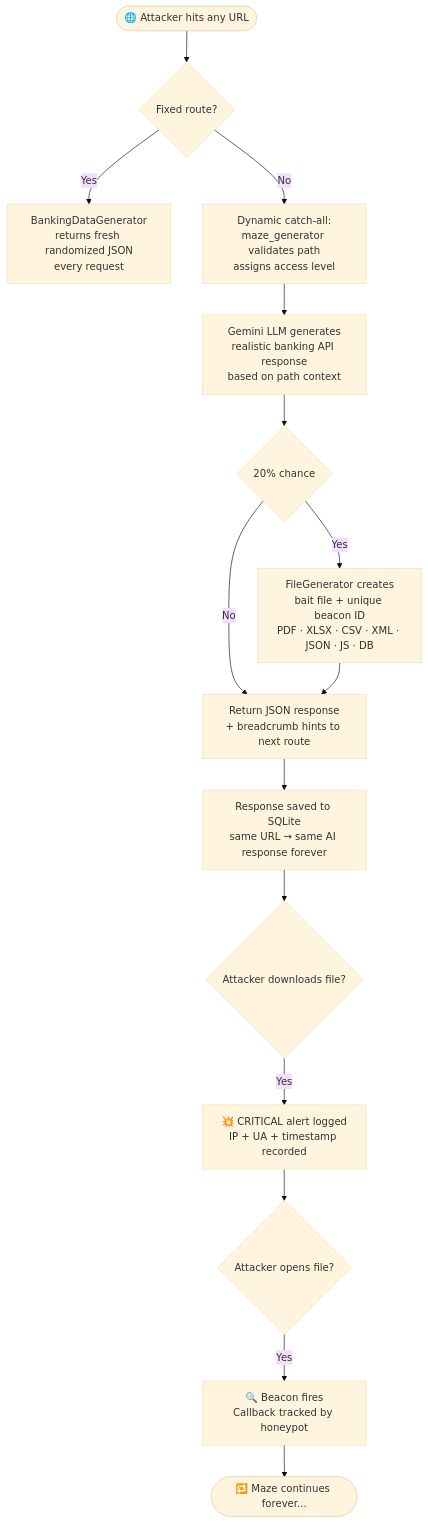
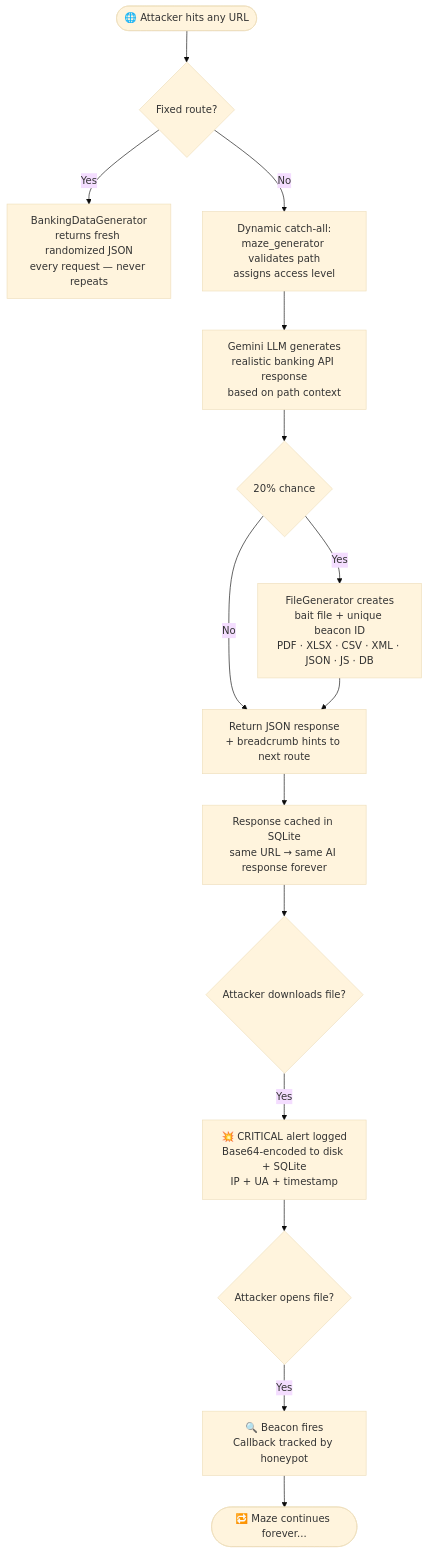
The second of 7 diagrams in README.md (Mark-Meka/Maze-Myth-Dynamic-Honeypot), drawn with Mermaid (base theme) before and after one commit. The commit also changed other lines of this file and 2 other files, not shown here.

````diff
--- a/README.md
+++ b/README.md
@@ -55,17 +56,17 @@
 ```mermaid
 flowchart TD
     A(["🌐 Attacker hits any URL"]) --> B{Fixed route?}
-    B -->|Yes| C["BankingDataGenerator\nreturns fresh randomized JSON\nevery request"]
+    B -->|Yes| C["BankingDataGenerator\nreturns fresh randomized JSON\nevery request — never repeats"]
     B -->|No| D["Dynamic catch-all:\nmaze_generator validates path\nassigns access level"]
     D --> E["Gemini LLM generates\nrealistic banking API response\nbased on path context"]
     E --> F{20% chance}
     F -->|Yes| G["FileGenerator creates\nbait file + unique beacon ID\nPDF · XLSX · CSV · XML · JSON · JS · DB"]
     F -->|No| H["Return JSON response\n+ breadcrumb hints to next route"]
     G --> H
-    H --> I["Response saved to SQLite\nsame URL → same AI response forever"]
+    H --> I["Response cached in SQLite\nsame URL → same AI response forever"]
     I --> J{Attacker downloads file?}
-    J -->|Yes| K["💥 CRITICAL alert logged\nIP + UA + timestamp recorded"]
+    J -->|Yes| K["💥 CRITICAL alert logged\nBase64-encoded to disk + SQLite\nIP + UA + timestamp"]
     K --> L{Attacker opens file?}
     L -->|Yes| M["🔍 Beacon fires\nCallback tracked by honeypot"]
     M --> N(["🔁 Maze continues forever..."])
 ```
````
